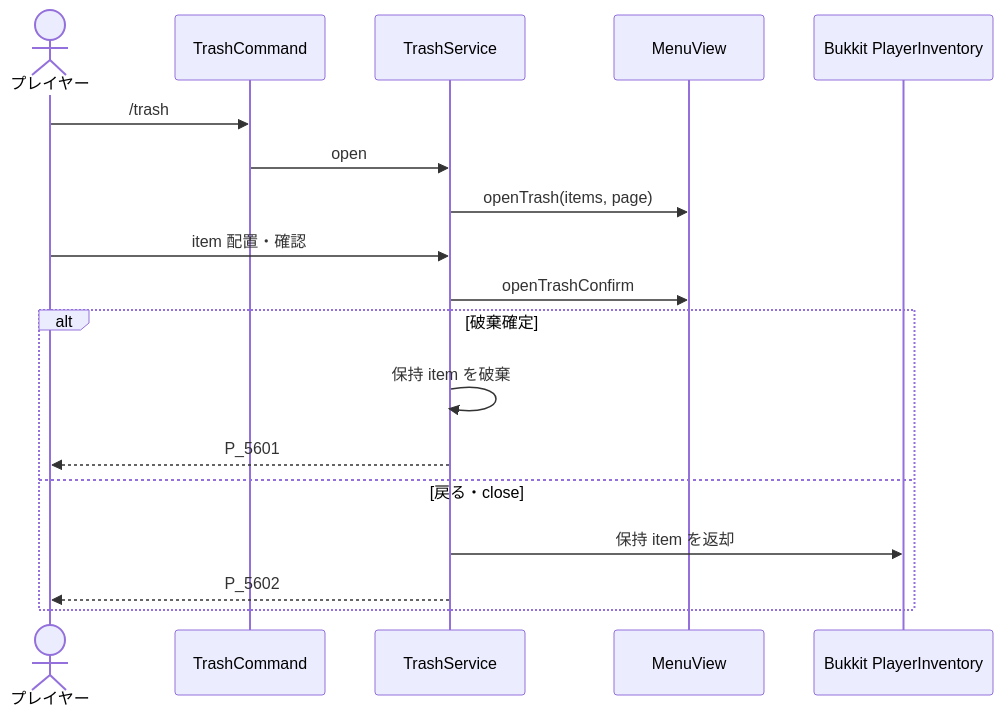
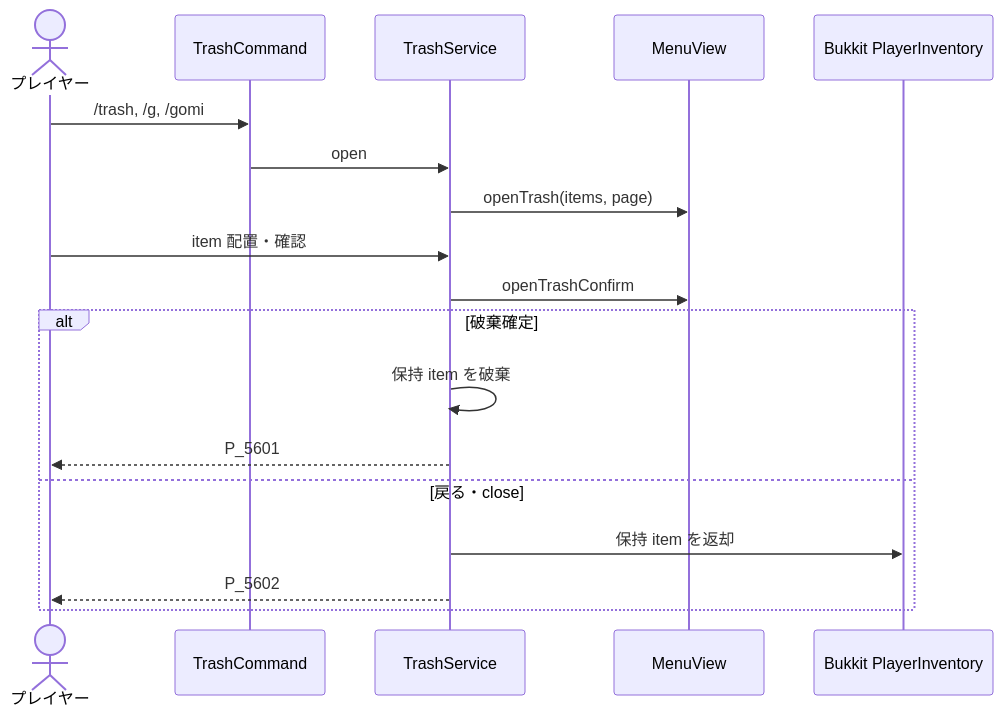
Before and after one commit to maaasu/AstralRecord-Workspace: the third of 3 diagrams in 00_docs/10_Plugin設計書/feature/09-menu/09_4-統合フロー.md, drawn with Mermaid. The commit also changed 16 other files, not shown here.

````diff
--- a/00_docs/10_Plugin設計書/feature/09-menu/09_4-統合フロー.md
+++ b/00_docs/10_Plugin設計書/feature/09-menu/09_4-統合フロー.md
@@ -91,21 +91,21 @@
 ```mermaid
 sequenceDiagram
     actor Player as プレイヤー
     participant Command as TrashCommand
     participant Trash as TrashService
     participant View as MenuView
     participant Inventory as Bukkit PlayerInventory
 
-    Player->>Command: /trash
+    Player->>Command: /trash, /g, /gomi
     Command->>Trash: open
     Trash->>View: openTrash(items, page)
     Player->>Trash: item 配置・確認
     Trash->>View: openTrashConfirm
     alt 破棄確定
         Trash->>Trash: 保持 item を破棄
         Trash-->>Player: P_5601
     else 戻る・close
         Trash->>Inventory: 保持 item を返却
         Trash-->>Player: P_5602
     end
 ```
````
